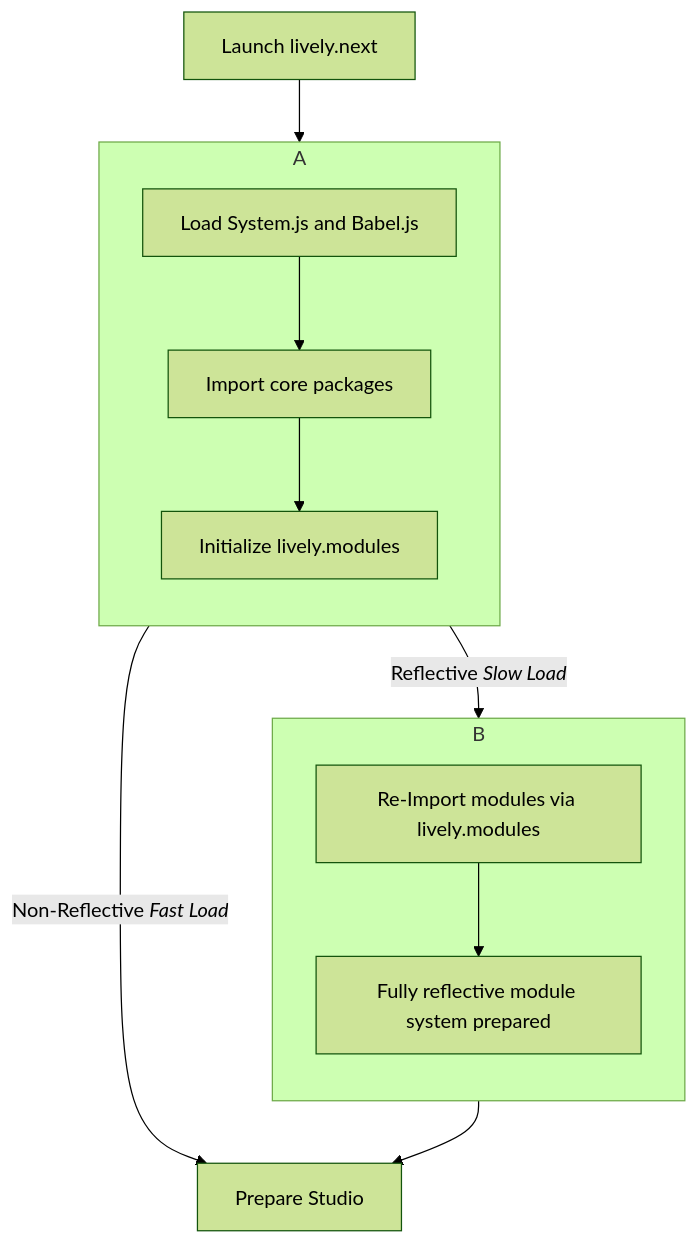
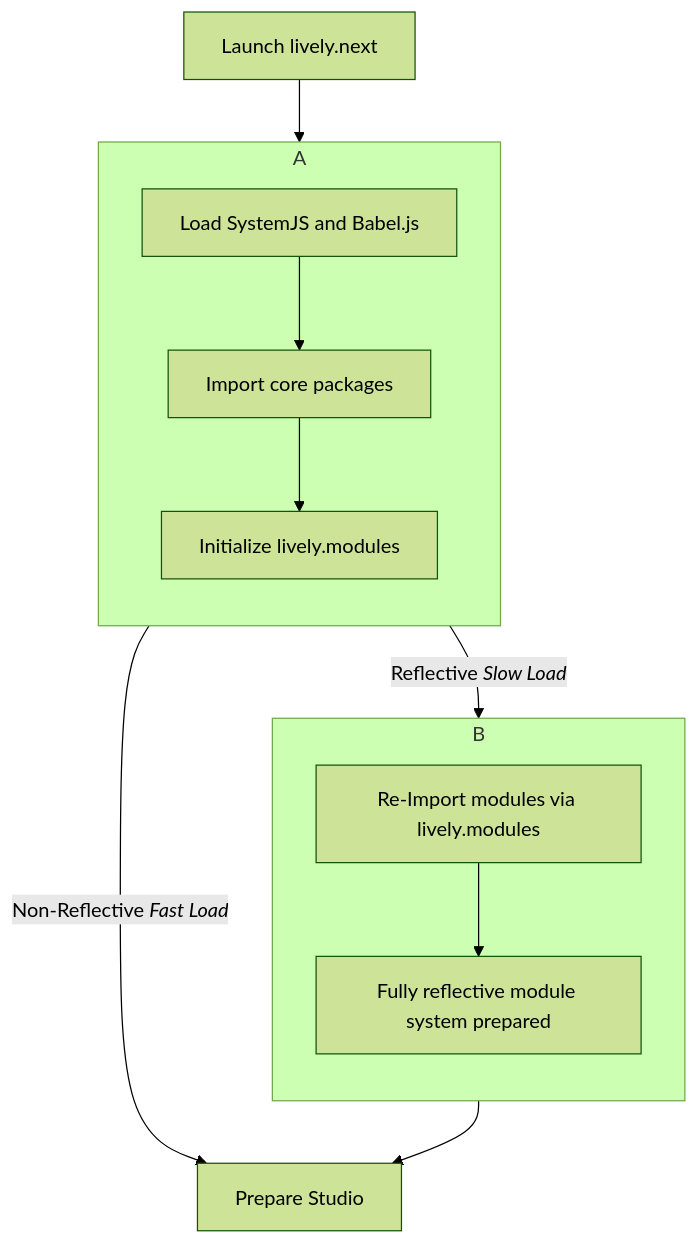
Before and after one commit to nextguys/lively-next-relaunch: the second of 3 diagrams in explanation/modules.md, drawn with Mermaid (forest theme). The commit also changed other lines of this file and 3 other files, not shown here.

````diff
--- a/explanation/modules.md
+++ b/explanation/modules.md
@@ -201,22 +229,22 @@
 ```mermaid
 flowchart TB
     s1["Launch lively.next"]
-    a1["Load System.js and Babel.js"]
+    a1["Load SystemJS and Babel.js"]
     a2["Import core packages"]
     a3["Initialize lively.modules"]
     b1["Re-Import modules via lively.modules"]
     b2["Fully reflective module system prepared"]
     C[Prepare Studio]
     s1-->A
     subgraph A
       direction TB
       a1-->a2-->a3
     end
     A--"`Reflective *Slow Load*`"-->B
     A--"`Non-Reflective *Fast Load*`"-->C
     B-->C
     subgraph B
       direction TB
       b1-->b2
     end
 ```
````
